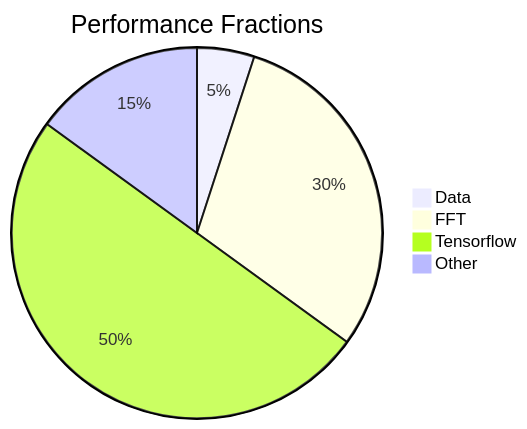
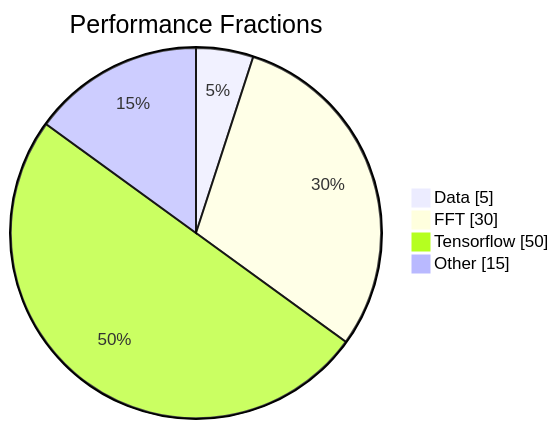
One commit to cloudmesh/pi changed the first of 5 diagrams in content/en/tutorial/hugo/index.md. Above: the diagram before and after it, drawn with Mermaid. The commit also changed other lines of this file and 3 other files, not shown here.

```diff
--- a/content/en/tutorial/hugo/index.md
+++ b/content/en/tutorial/hugo/index.md
@@ -160,8 +160,8 @@
 {{< mermaid align="left">}}
-pie
+pie showData
     title Performance Fractions
     "Data" : 5
     "FFT" : 30
     "Tensorflow" : 50
     "Other" : 15
 {{< /mermaid >}}
```
